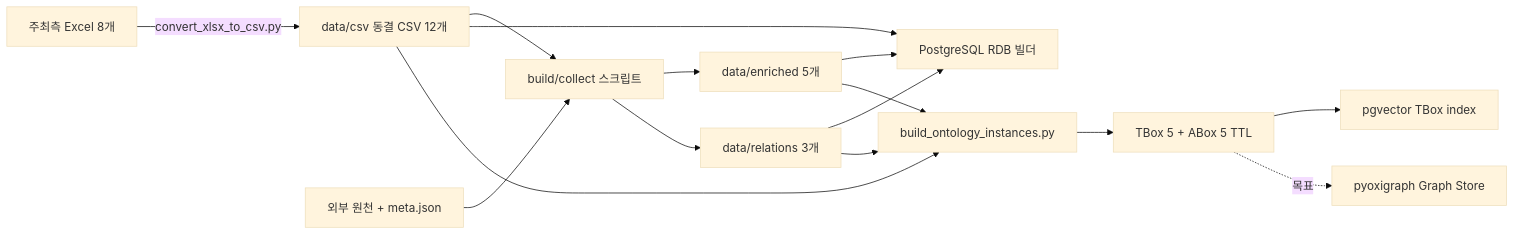
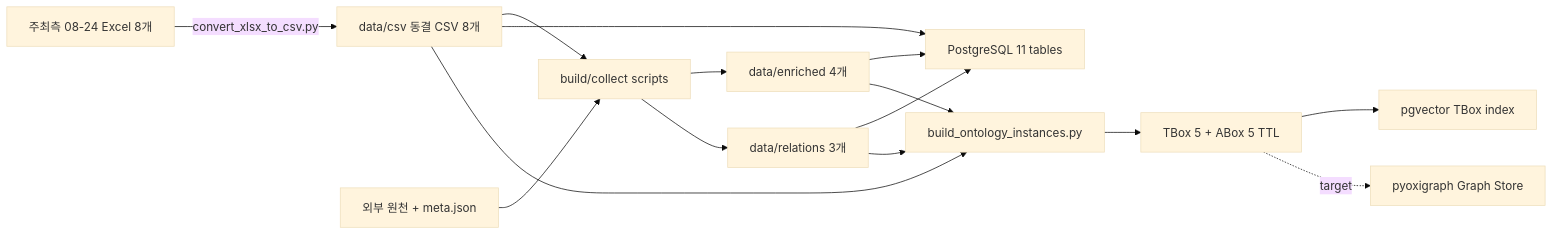
Before and after one commit to shashamalone/2026_10th_MIRAE-ASSET_AI-Festival: the diagram in docs/docs_data_layer/CURRENT_DATA_BUILD_STRUCTURE.md, drawn with Mermaid (base theme). The commit also changed other lines of this file and 3 other files, not shown here.

````diff
--- a/docs/docs_data_layer/CURRENT_DATA_BUILD_STRUCTURE.md
+++ b/docs/docs_data_layer/CURRENT_DATA_BUILD_STRUCTURE.md
@@ -21,17 +22,17 @@
 ```mermaid
 flowchart LR
-    A[주최측 Excel 8개] -->|convert_xlsx_to_csv.py| B[data/csv 동결 CSV 12개]
-    X[외부 원천 + meta.json] --> C[build/collect 스크립트]
+    A[주최측 08-24 Excel 8개] -->|convert_xlsx_to_csv.py| B[data/csv 동결 CSV 8개]
+    X[외부 원천 + meta.json] --> C[build/collect scripts]
     B --> C
-    C --> D[data/enriched 5개]
+    C --> D[data/enriched 4개]
     C --> E[data/relations 3개]
-    B --> F[PostgreSQL RDB 빌더]
+    B --> F[PostgreSQL 11 tables]
     D --> F
     E --> F
     B --> G[build_ontology_instances.py]
     D --> G
     E --> G
     G --> H[TBox 5 + ABox 5 TTL]
     H --> I[pgvector TBox index]
-    H -. 목표 .-> J[pyoxigraph Graph Store]
+    H -. target .-> J[pyoxigraph Graph Store]
 ```
````
